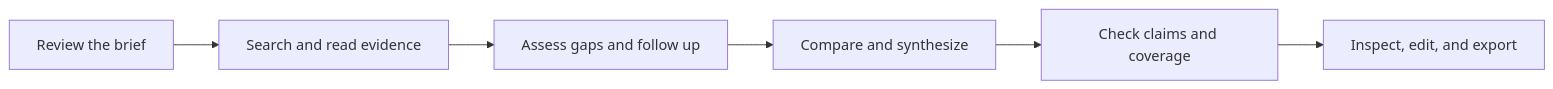
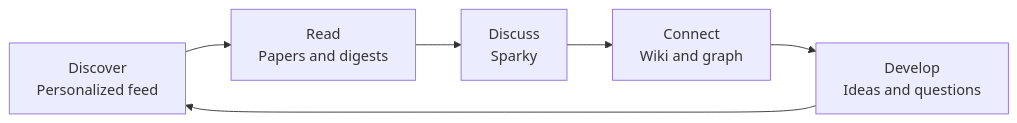
Before and after one commit to SciSpark-ai/scispark_wiki: the diagram in README.md, drawn with Mermaid. The commit also changed other lines of this file and 4 other files, not shown here.

````diff
--- a/README.md
+++ b/README.md
@@ -245,6 +46,8 @@
 ```mermaid
 flowchart LR
-    A["Review the brief"] --> B["Search and read evidence"]
-    B --> C["Assess gaps and follow up"] --> D["Compare and synthesize"]
-    D --> E["Check claims and coverage"] --> F["Inspect, edit, and export"]
+    D["Discover<br/>Personalized feed"] --> R["Read<br/>Papers and digests"]
+    R --> S["Discuss<br/>Sparky"]
+    S --> K["Connect<br/>Wiki and graph"]
+    K --> Q["Develop<br/>Ideas and questions"]
+    Q --> D
 ```
````
